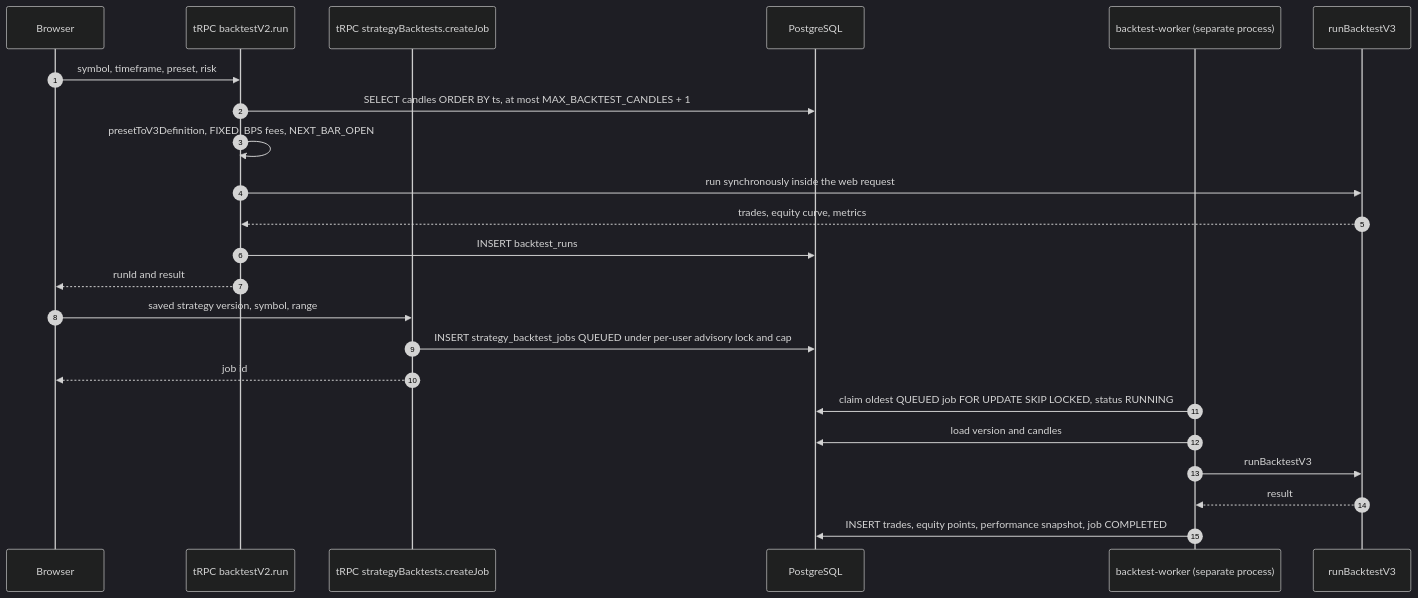
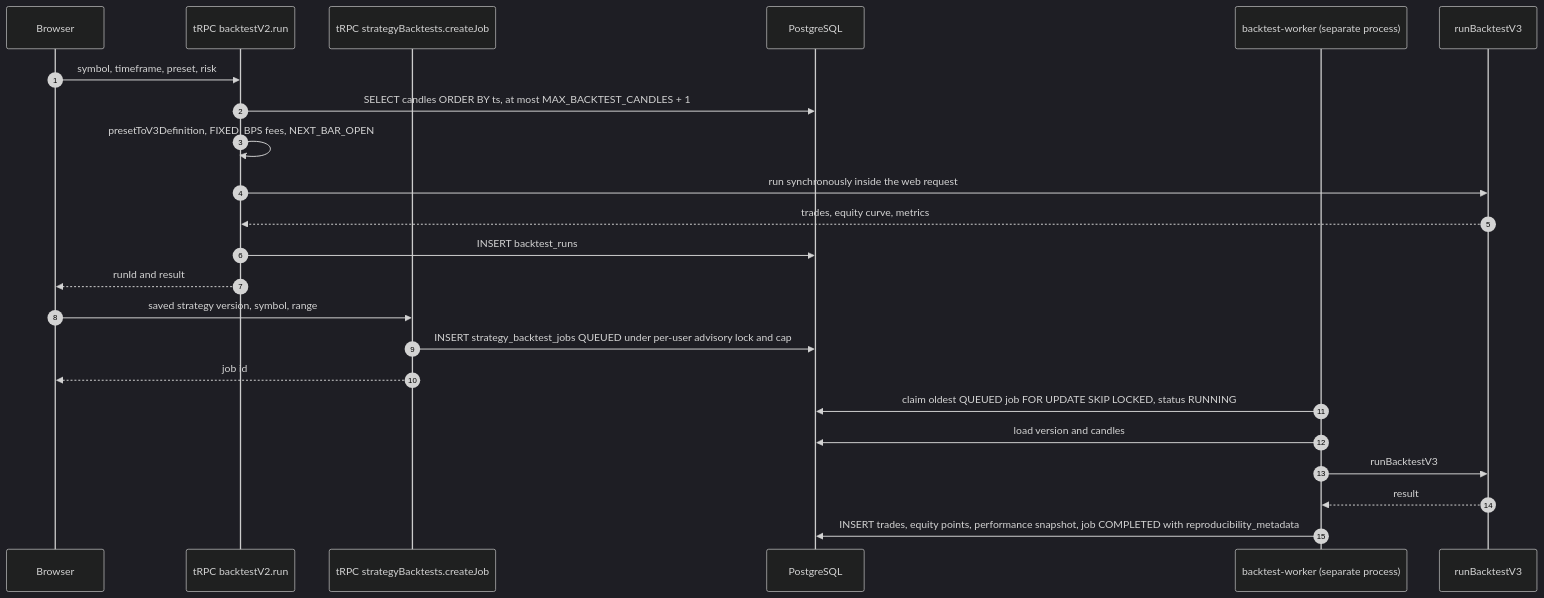
Before and after one commit to tanmay-alpha/MAET: the fifth of 5 diagrams in docs/ARCHITECTURE.md, drawn with Mermaid (dark theme). The commit also changed other lines of this file and 24 other files, not shown here.

````diff
--- a/docs/ARCHITECTURE.md
+++ b/docs/ARCHITECTURE.md
@@ -212,27 +212,27 @@
 ```mermaid
 sequenceDiagram
     autonumber
     participant B as Browser
     participant V2 as tRPC backtestV2.run
     participant J as tRPC strategyBacktests.createJob
     participant DB as PostgreSQL
     participant W as backtest-worker (separate process)
     participant E as runBacktestV3
 
     B->>V2: symbol, timeframe, preset, risk
     V2->>DB: SELECT candles ORDER BY ts, at most MAX_BACKTEST_CANDLES + 1
     V2->>V2: presetToV3Definition, FIXED_BPS fees, NEXT_BAR_OPEN
     V2->>E: run synchronously inside the web request
     E-->>V2: trades, equity curve, metrics
     V2->>DB: INSERT backtest_runs
     V2-->>B: runId and result
 
     B->>J: saved strategy version, symbol, range
     J->>DB: INSERT strategy_backtest_jobs QUEUED under per-user advisory lock and cap
     J-->>B: job id
     W->>DB: claim oldest QUEUED job FOR UPDATE SKIP LOCKED, status RUNNING
     W->>DB: load version and candles
     W->>E: runBacktestV3
     E-->>W: result
-    W->>DB: INSERT trades, equity points, performance snapshot, job COMPLETED
+    W->>DB: INSERT trades, equity points, performance snapshot, job COMPLETED with reproducibility_metadata
 ```
````
